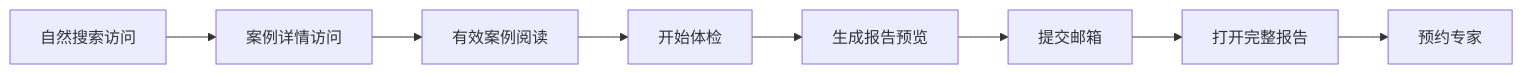
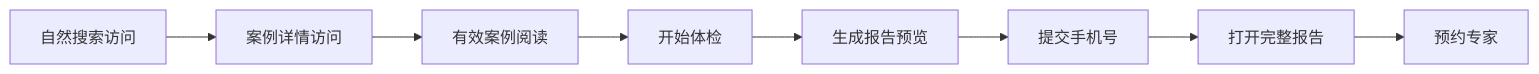
One commit to MrLing864/aianliku changed the diagram in prd/06-SEO数据分析与合规.md. Above: the diagram before and after it, drawn with Mermaid. The commit also changed other lines of this file and 652 other files, not shown here.

````diff
--- a/prd/06-SEO数据分析与合规.md
+++ b/prd/06-SEO数据分析与合规.md
@@ -115,10 +115,10 @@
 ```mermaid
 flowchart LR
     A[自然搜索访问] --> B[案例详情访问]
     B --> C[有效案例阅读]
     C --> D[开始体检]
     D --> E[生成报告预览]
-    E --> F[提交邮箱]
+    E --> F[提交手机号]
     F --> G[打开完整报告]
     G --> H[预约专家]
 ```
````
